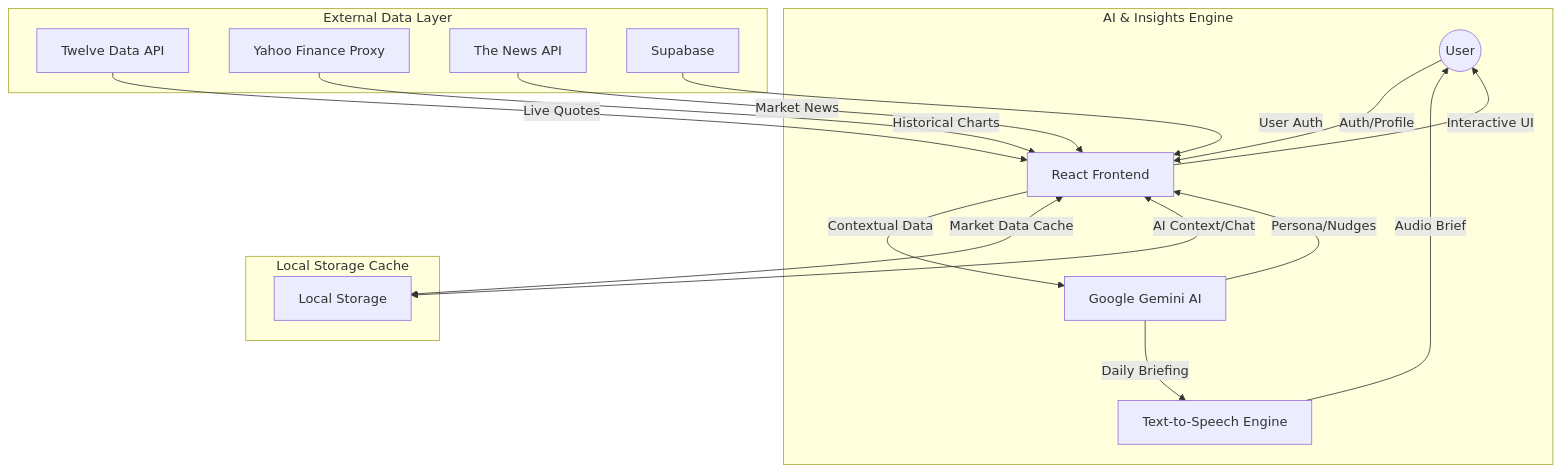
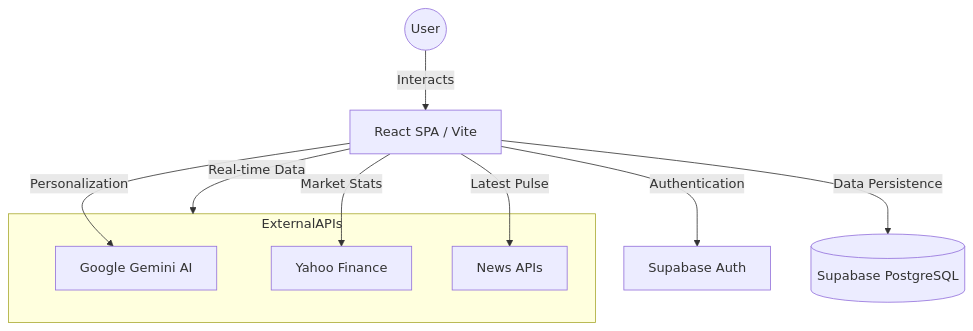
Before and after one commit to Ro706/ETGenConcierge: the first of 2 diagrams in README.md, drawn with Mermaid. The commit also changed other lines of this file, not shown here.

````diff
--- a/README.md
+++ b/README.md
@@ -50,25 +64,17 @@
 ```mermaid
 graph TD
-    User((User)) -->|Auth/Profile| App[React Frontend]
-    
-    subgraph "AI & Insights Engine"
-        App -->|Contextual Data| Gemini[Google Gemini AI]
-        Gemini -->|Persona/Nudges| App
-        Gemini -->|Daily Briefing| TTS[Text-to-Speech Engine]
-        TTS -->|Audio Brief| User
-    end
+  User((User)) -->|Interacts| Frontend[React SPA / Vite]
+  Frontend -->|Authentication| Auth[Supabase Auth]
+  Frontend -->|Data Persistence| DB[(Supabase PostgreSQL)]
+  Frontend -->|Real-time Data| ExternalAPIs{External APIs}
+  
+  subgraph ExternalAPIs
+    Gemini[Google Gemini AI]
+    Yahoo[Yahoo Finance]
+    News[News APIs]
+  end
 
-    subgraph "External Data Layer"
-        TwelveData[Twelve Data API] -->|Live Quotes| App
-        Yahoo[Yahoo Finance Proxy] -->|Historical Charts| App
-        NewsAPI[The News API] -->|Market News| App
-        Supabase[Supabase] -->|User Auth| App
-    end
-
-    subgraph "Local Storage Cache"
-        App <-->|Market Data Cache| LS[Local Storage]
-        App <-->|AI Context/Chat| LS
-    end
-    
-    App -->|Interactive UI| User
+  Frontend -->|Personalization| Gemini
+  Frontend -->|Market Stats| Yahoo
+  Frontend -->|Latest Pulse| News
 ```
````
